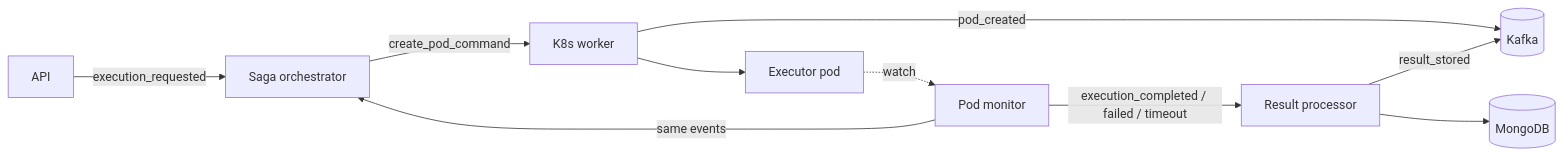
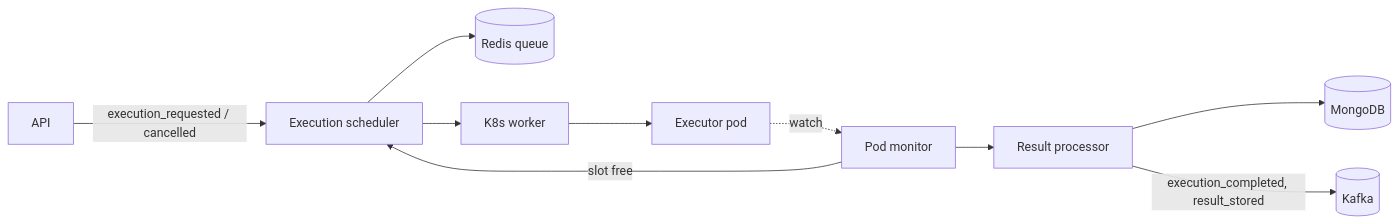
One commit to HardMax71/Integr8sCode changed the diagram in docs/components/workers/index.md. Above: the diagram before and after it, drawn with Mermaid. The commit also changed other lines of this file and 119 other files, not shown here.

First line of the commit message:
refactor: the worker runs executions without a saga, and cancel stops the pod (#428)

````diff
--- a/docs/components/workers/index.md
+++ b/docs/components/workers/index.md
@@ -7,12 +7,12 @@
 ```mermaid
 graph LR
-    API[API] -->|execution_requested| Saga[Saga orchestrator]
-    Saga -->|create_pod_command| K8s[K8s worker]
-    K8s -->|pod_created| Kafka[(Kafka)]
+    API[API] -->|execution_requested / cancelled| Sched[Execution scheduler]
+    Sched --> Queue[(Redis queue)]
+    Sched --> K8s[K8s worker]
     K8s --> Pod[Executor pod]
     Pod -.watch.-> PodMon[Pod monitor]
-    PodMon -->|execution_completed / failed / timeout| Result[Result processor]
-    PodMon -->|same events| Saga
-    Result -->|result_stored| Kafka
+    PodMon --> Result[Result processor]
+    PodMon -->|slot free| Sched
     Result --> Mongo[(MongoDB)]
+    Result -->|execution_completed, result_stored| Kafka[(Kafka)]
 ```
````
